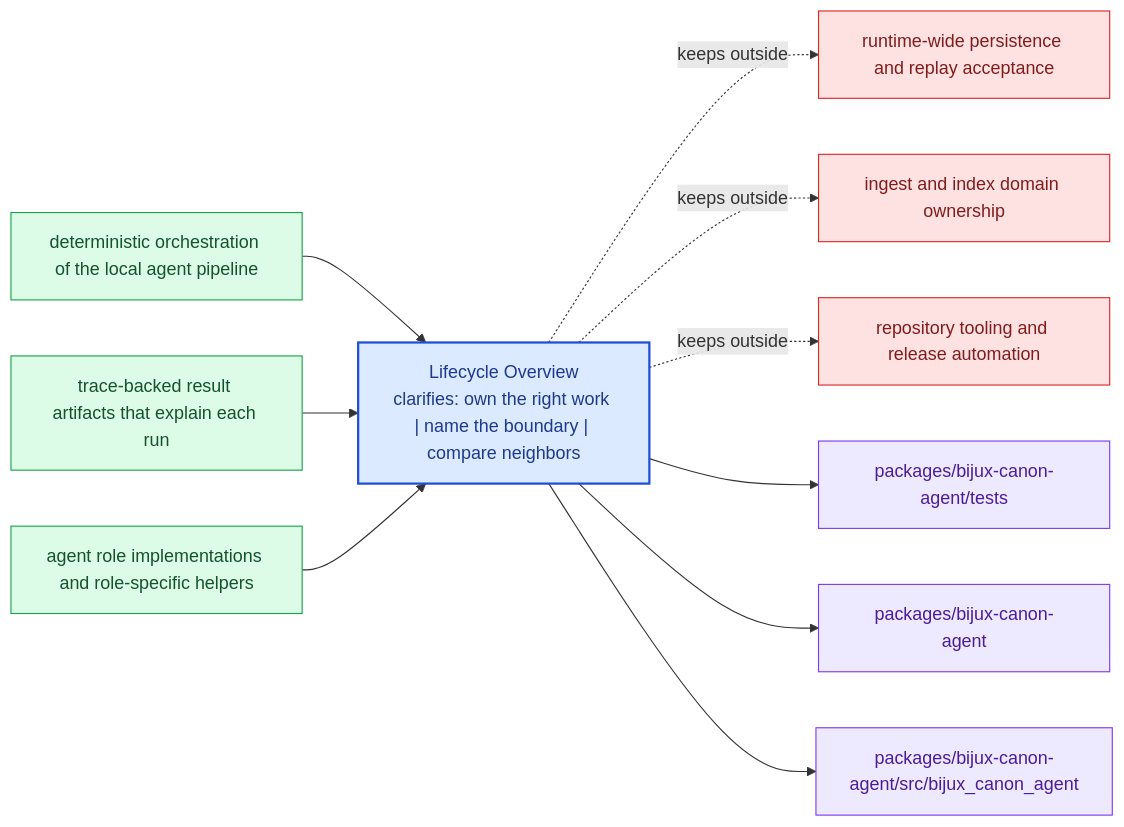
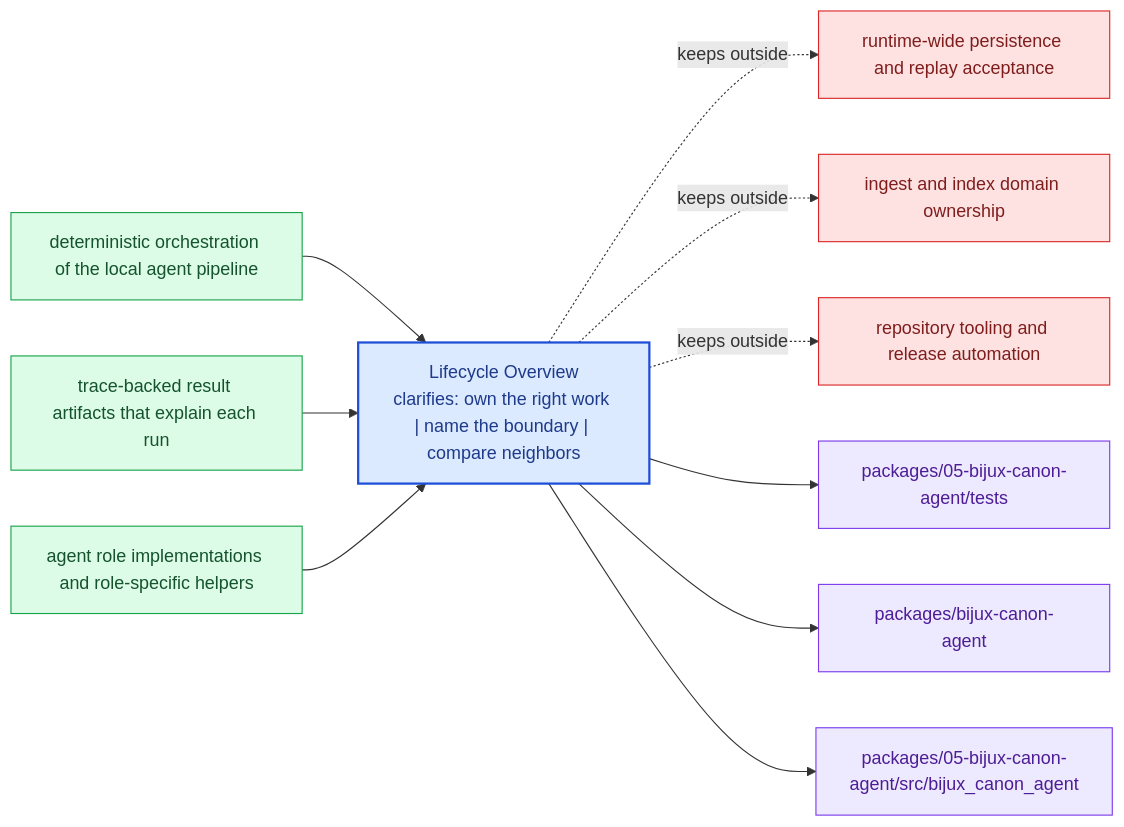
The diagram in docs/05-bijux-canon-agent/foundation/lifecycle-overview.md (bijux/bijux-canon), drawn with Mermaid before and after one commit. The commit also changed other lines of this file and 167 other files, not shown here.

````diff
--- a/docs/05-bijux-canon-agent/foundation/lifecycle-overview.md
+++ b/docs/05-bijux-canon-agent/foundation/lifecycle-overview.md
@@ -24,31 +24,31 @@
 ```mermaid
 flowchart LR
     page["Lifecycle Overview<br/>clarifies: own the right work | name the boundary | compare neighbors"]
     classDef page fill:#dbeafe,stroke:#1d4ed8,color:#1e3a8a,stroke-width:2px;
     classDef positive fill:#dcfce7,stroke:#16a34a,color:#14532d;
     classDef caution fill:#fee2e2,stroke:#dc2626,color:#7f1d1d;
     classDef anchor fill:#ede9fe,stroke:#7c3aed,color:#4c1d95;
     classDef action fill:#fef3c7,stroke:#d97706,color:#7c2d12;
     own1["deterministic orchestration of the local agent pipeline"]
     own1 --> page
     own2["trace-backed result artifacts that explain each run"]
     own2 --> page
     own3["agent role implementations and role-specific helpers"]
     own3 --> page
     limit1["runtime-wide persistence and replay acceptance"]
     page -.keeps outside.-> limit1
     limit2["ingest and index domain ownership"]
     page -.keeps outside.-> limit2
     limit3["repository tooling and release automation"]
     page -.keeps outside.-> limit3
-    anchor1["packages/bijux-canon-agent/tests"]
+    anchor1["packages/05-bijux-canon-agent/tests"]
     page --> anchor1
     anchor2["packages/bijux-canon-agent"]
     page --> anchor2
-    anchor3["packages/bijux-canon-agent/src/bijux_canon_agent"]
+    anchor3["packages/05-bijux-canon-agent/src/bijux_canon_agent"]
     page --> anchor3
     class page page;
     class own1,own2,own3 positive;
     class limit1,limit2,limit3 caution;
     class anchor1,anchor2,anchor3 anchor;
 ```
````
